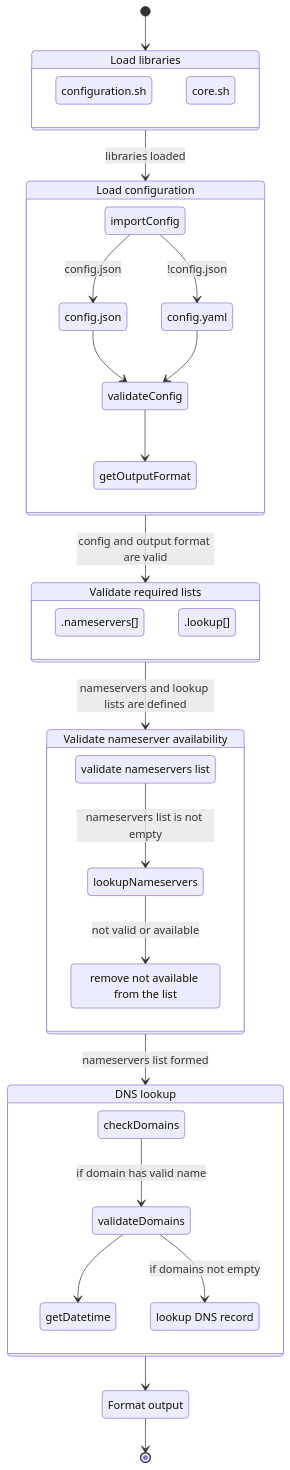
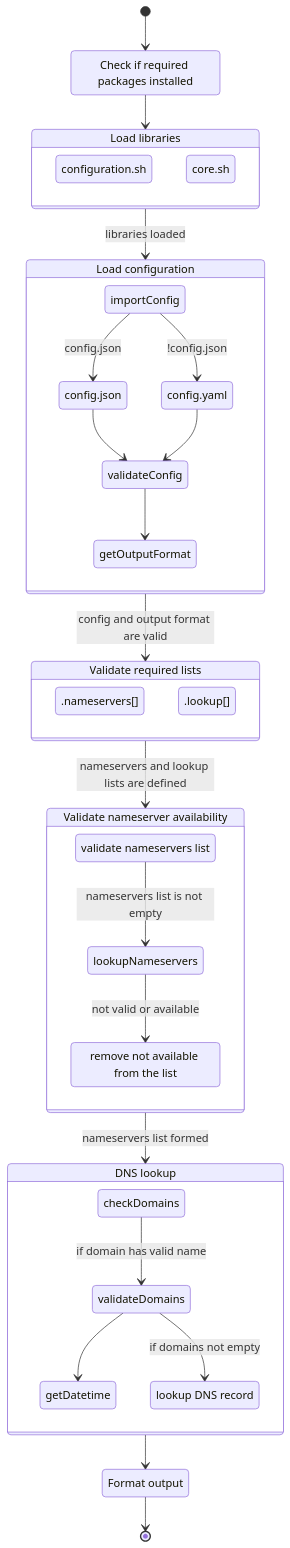
One commit to iansober/multiple-ns-lookup changed the diagram in docs/README.md. Above: the diagram before and after it, drawn with Mermaid. The commit also changed 1 other file, not shown here.

Commit message:
required packages precheck

````diff
--- a/docs/README.md
+++ b/docs/README.md
@@ -3,49 +3,52 @@
 ```mermaid
 stateDiagram
-    [*] --> loadLibraries
+    [*] --> checkPackages
+    checkPackages: Check if required packages installed
+    
+    checkPackages --> loadLibraries
     loadLibraries: Load libraries
     state loadLibraries {
         configuration.sh
         core.sh
     }
 
     loadLibraries --> loadConfig: libraries loaded
     loadConfig: Load configuration
     state loadConfig {
         importConfig --> config.json: config.json
         importConfig --> config.yaml: !config.json
         config.json --> validateConfig
         config.yaml --> validateConfig
         validateConfig --> getOutputFormat
     }
 
     loadConfig --> validateLists: config and output format are valid
     validateLists: Validate required lists
     state validateLists {
         checkNameserversList: .nameservers[]
         checkLookupList: .lookup[]
     }
 
     validateLists --> tryNameservers: nameservers and lookup lists are defined
     tryNameservers: Validate nameserver availability
     state tryNameservers {
         checkList --> lookupNameservers: nameservers list is not empty
         lookupNameservers --> unsetNotValid: not valid or available
         checkList: validate nameservers list
         unsetNotValid: remove not available from the list
     }
 
     tryNameservers --> lookup: nameservers list formed
     lookup: DNS lookup
     state lookup {
         checkDomains --> validateDomains: if domain has valid name
         validateDomains --> getDatetime
         validateDomains --> lookupDNSRecord: if domains not empty
         lookupDNSRecord: lookup DNS record
     }
 
     lookup --> formatOutput
     formatOutput: Format output
 
     formatOutput --> [*]
 ```
````
